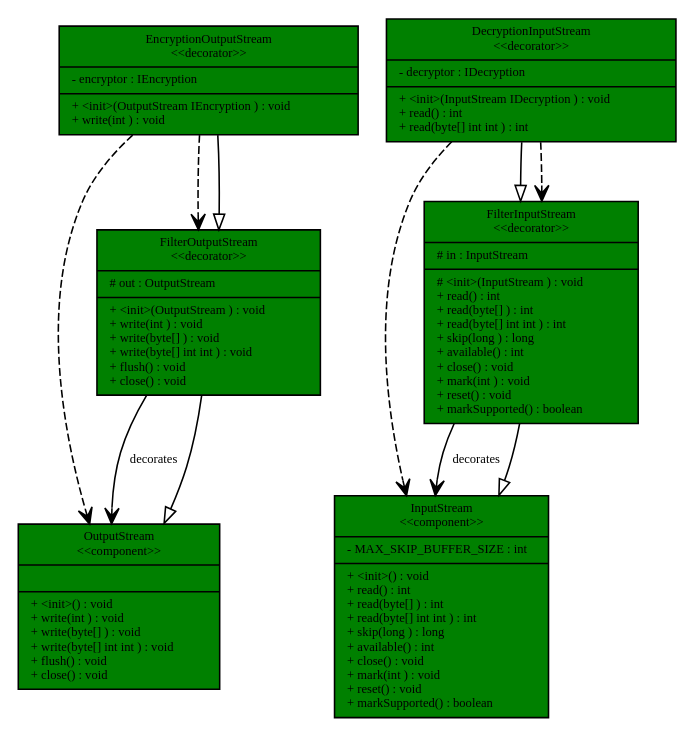
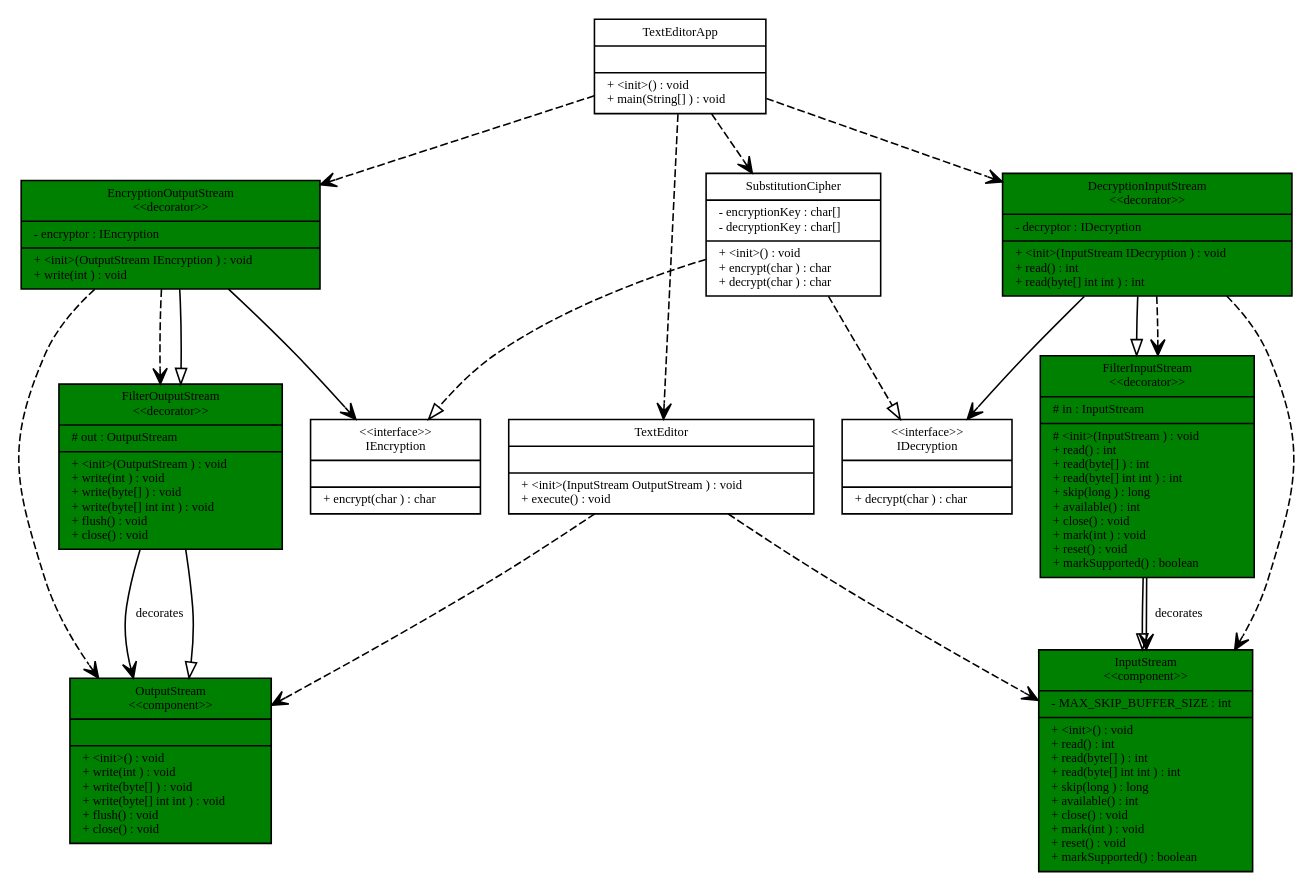
One commit to Soriold/CSSE374-Eleven changed the diagram in GUI/input-output/GVOutput.dot. Above: the diagram before and after it, drawn with Graphviz. The commit also changed 9 other files, not shown here.

```diff
--- a/GUI/input-output/GVOutput.dot
+++ b/GUI/input-output/GVOutput.dot
@@ -1,71 +1,123 @@
 digraph G {fontname = "Bitstream Vera Sans" fontsize = 8
  node [fontname ="Bitstream Vera Sans" fontsize = 8 shape = "record"] edge [fontname = "Bitstream Vera Sans" fontsize = 8]OutputStream[style=filled fillcolor=green color=black  label = "{OutputStream\n\<\<component\>\>||+ \<init\>() : void\l
 + write(int ) : void\l
 + write(byte[] ) : void\l
 + write(byte[] int int ) : void\l
 + flush() : void\l
 + close() : void\l
 }"]
 InputStream[style=filled fillcolor=green color=black  label = "{InputStream\n\<\<component\>\>|- MAX_SKIP_BUFFER_SIZE : int\l
 |+ \<init\>() : void\l
 + read() : int\l
 + read(byte[] ) : int\l
 + read(byte[] int int ) : int\l
 + skip(long ) : long\l
 + available() : int\l
 + close() : void\l
 + mark(int ) : void\l
 + reset() : void\l
 + markSupported() : boolean\l
 }"]
 FilterInputStream[style=filled fillcolor=green color=black  label = "{FilterInputStream\n\<\<decorator\>\>|# in : InputStream\l
 |# \<init\>(InputStream ) : void\l
 + read() : int\l
 + read(byte[] ) : int\l
 + read(byte[] int int ) : int\l
 + skip(long ) : long\l
 + available() : int\l
 + close() : void\l
 + mark(int ) : void\l
 + reset() : void\l
 + markSupported() : boolean\l
 }"]
 FilterOutputStream[style=filled fillcolor=green color=black  label = "{FilterOutputStream\n\<\<decorator\>\>|# out : OutputStream\l
 |+ \<init\>(OutputStream ) : void\l
 + write(int ) : void\l
 + write(byte[] ) : void\l
 + write(byte[] int int ) : void\l
 + flush() : void\l
 + close() : void\l
 }"]
 DecryptionInputStream[style=filled fillcolor=green color=black  label = "{DecryptionInputStream\n\<\<decorator\>\>|- decryptor : IDecryption\l
 |+ \<init\>(InputStream IDecryption ) : void\l
 + read() : int\l
 + read(byte[] int int ) : int\l
 }"]
 EncryptionOutputStream[style=filled fillcolor=green color=black  label = "{EncryptionOutputStream\n\<\<decorator\>\>|- encryptor : IEncryption\l
 |+ \<init\>(OutputStream IEncryption ) : void\l
 + write(int ) : void\l
 }"]
+IDecryption[ color=black  label = "{\<\<interface\>\>\nIDecryption||+ decrypt(char ) : char\l
+}"]
+IEncryption[ color=black  label = "{\<\<interface\>\>\nIEncryption||+ encrypt(char ) : char\l
+}"]
+SubstitutionCipher[ color=black  label = "{SubstitutionCipher|- encryptionKey : char[]\l
+- decryptionKey : char[]\l
+|+ \<init\>() : void\l
++ encrypt(char ) : char\l
++ decrypt(char ) : char\l
+}"]
+TextEditor[ color=black  label = "{TextEditor||+ \<init\>(InputStream OutputStream ) : void\l
++ execute() : void\l
+}"]
+TextEditorApp[ color=black  label = "{TextEditorApp||+ \<init\>() : void\l
++ main(String[] ) : void\l
+}"]
+IDecryption[ color=black  label = "{\<\<interface\>\>\nIDecryption||+ decrypt(char ) : char\l
+}"]
+IEncryption[ color=black  label = "{\<\<interface\>\>\nIEncryption||+ encrypt(char ) : char\l
+}"]
+SubstitutionCipher[ color=black  label = "{SubstitutionCipher|- encryptionKey : char[]\l
+- decryptionKey : char[]\l
+|+ \<init\>() : void\l
++ encrypt(char ) : char\l
++ decrypt(char ) : char\l
+}"]
+TextEditor[ color=black  label = "{TextEditor||+ \<init\>(InputStream OutputStream ) : void\l
++ execute() : void\l
+}"]
+TextEditorApp[ color=black  label = "{TextEditorApp||+ \<init\>() : void\l
++ main(String[] ) : void\l
+}"]
  edge [ arrowhead = onormal style = solid  color=black  label=""]
  DecryptionInputStream -> FilterInputStream
  edge [ arrowhead = vee style = dashed  color=black  label=""]
  EncryptionOutputStream -> FilterOutputStream
+ edge [ arrowhead = vee style = dashed  color=black  label=""]
+ TextEditorApp -> DecryptionInputStream
+ edge [ arrowhead = onormal style = dashed  color=black  label=""]
+ SubstitutionCipher -> IEncryption
+ edge [ arrowhead = onormal style = solid  color=black  label=""]
+ FilterInputStream -> InputStream
+ edge [ arrowhead = vee style = solid  color=black  label=""]
+ EncryptionOutputStream -> IEncryption
+ edge [ arrowhead = vee style = dashed  color=black  label=""]
+ TextEditorApp -> TextEditor
  edge [ arrowhead = vee style = solid  color=black  label="decorates" ]
  FilterInputStream -> InputStream
  edge [ arrowhead = vee style = dashed  color=black  label=""]
  EncryptionOutputStream -> OutputStream
+ edge [ arrowhead = vee style = solid  color=black  label=""]
+ DecryptionInputStream -> IDecryption
  edge [ arrowhead = onormal style = solid  color=black  label=""]
  EncryptionOutputStream -> FilterOutputStream
- edge [ arrowhead = onormal style = solid  color=black  label=""]
- FilterInputStream -> InputStream
+ edge [ arrowhead = vee style = dashed  color=black  label=""]
+ TextEditor -> OutputStream
  edge [ arrowhead = vee style = dashed  color=black  label=""]
  DecryptionInputStream -> InputStream
  edge [ arrowhead = vee style = solid  color=black  label="decorates" ]
  FilterOutputStream -> OutputStream
+ edge [ arrowhead = vee style = dashed  color=black  label=""]
+ TextEditorApp -> SubstitutionCipher
  edge [ arrowhead = onormal style = solid  color=black  label=""]
  FilterOutputStream -> OutputStream
+ edge [ arrowhead = vee style = dashed  color=black  label=""]
+ TextEditor -> InputStream
+ edge [ arrowhead = vee style = dashed  color=black  label=""]
+ TextEditorApp -> EncryptionOutputStream
+ edge [ arrowhead = onormal style = dashed  color=black  label=""]
+ SubstitutionCipher -> IDecryption
  edge [ arrowhead = vee style = dashed  color=black  label=""]
  DecryptionInputStream -> FilterInputStream
 
 }
```
